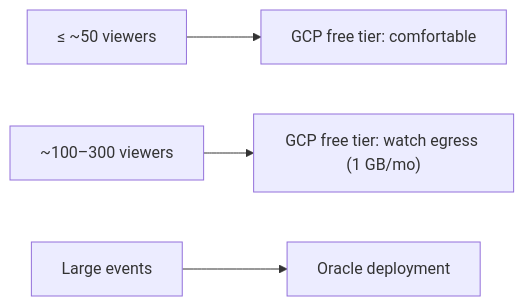
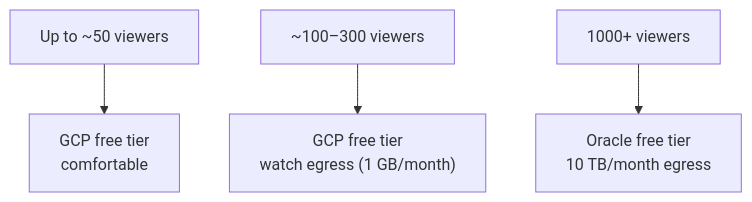
Before and after one commit to gitrgoliveira/bracket-creator: the tenth of 11 diagrams in docs/architecture/infrastructure-architecture.md, drawn with Mermaid. The commit also changed other lines of this file and 49 other files, not shown here.

First line of the commit message:
fix(bc-arch): one transaction for participant edits; WAL stale-log guard; architecture docs

````diff
--- a/docs/architecture/infrastructure-architecture.md
+++ b/docs/architecture/infrastructure-architecture.md
@@ -218,6 +319,6 @@
 ```mermaid
-flowchart LR
-    a["≤ ~50 viewers"] --> g1["GCP free tier: comfortable"]
-    b["~100–300 viewers"] --> g2["GCP free tier: watch egress (1 GB/mo)"]
-    c["Large events"] --> o["Oracle deployment"]
+flowchart TB
+    a["Up to ~50 viewers"] --> g1["GCP free tier<br/>comfortable"]
+    b["~100–300 viewers"] --> g2["GCP free tier<br/>watch egress (1 GB/month)"]
+    c["1000+ viewers"] --> o["Oracle free tier<br/>10 TB/month egress"]
 ```
````
